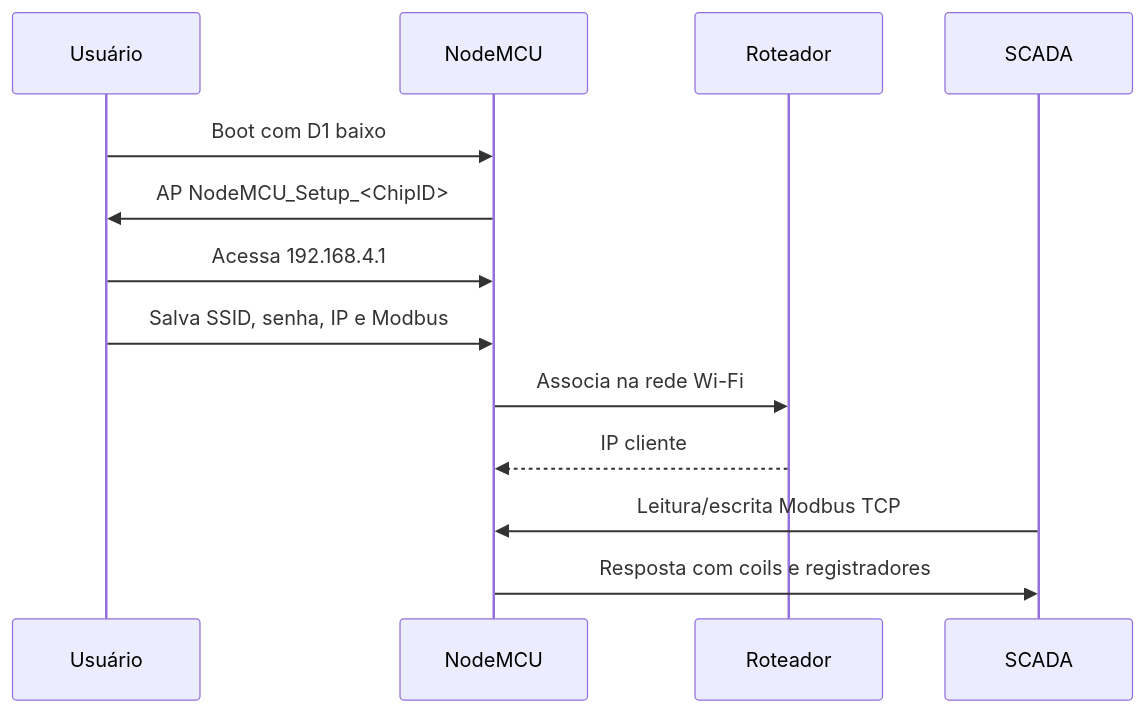
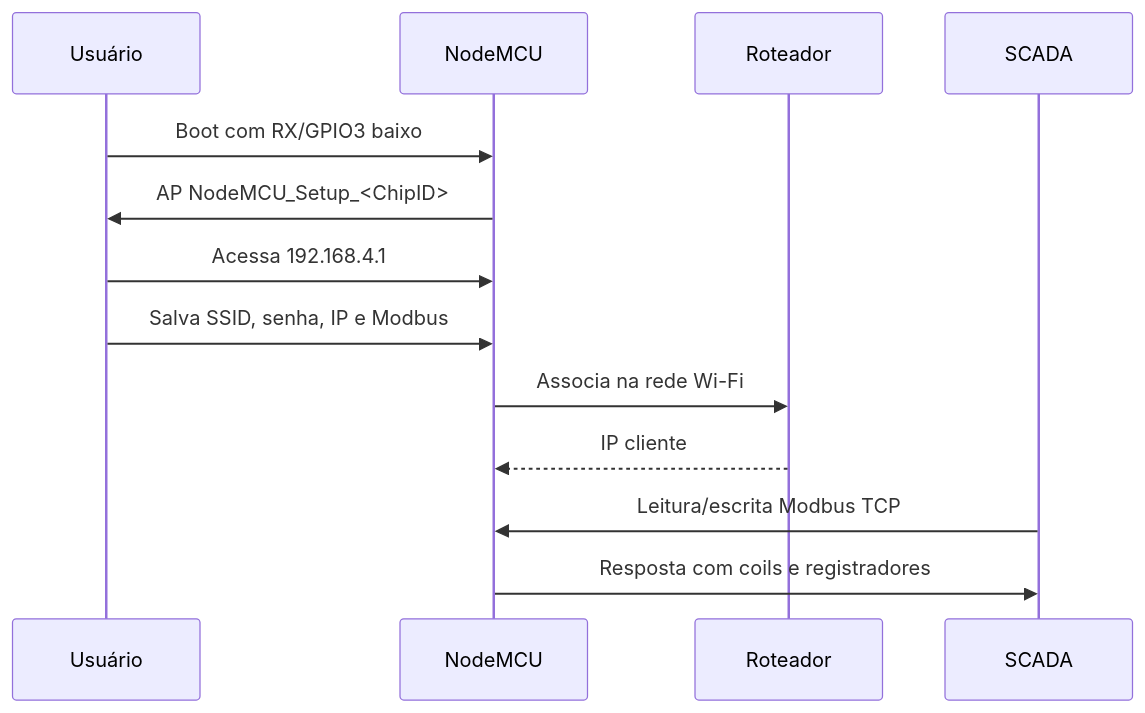
Before and after one commit to wvianna/pcb-moduloDidatico-SCADA-IoT-firmware: the third of 4 diagrams in README.md, drawn with Mermaid. The commit also changed other lines of this file and 9 other files, not shown here.

````diff
--- a/README.md
+++ b/README.md
@@ -629,16 +631,16 @@
 ```mermaid
 sequenceDiagram
   participant U as Usuário
   participant N as NodeMCU
   participant R as Roteador
   participant S as SCADA
 
-  U->>N: Boot com D1 baixo
+  U->>N: Boot com RX/GPIO3 baixo
   N->>U: AP NodeMCU_Setup_<ChipID>
   U->>N: Acessa 192.168.4.1
   U->>N: Salva SSID, senha, IP e Modbus
   N->>R: Associa na rede Wi-Fi
   R-->>N: IP cliente
   S->>N: Leitura/escrita Modbus TCP
   N->>S: Resposta com coils e registradores
 ```
````
